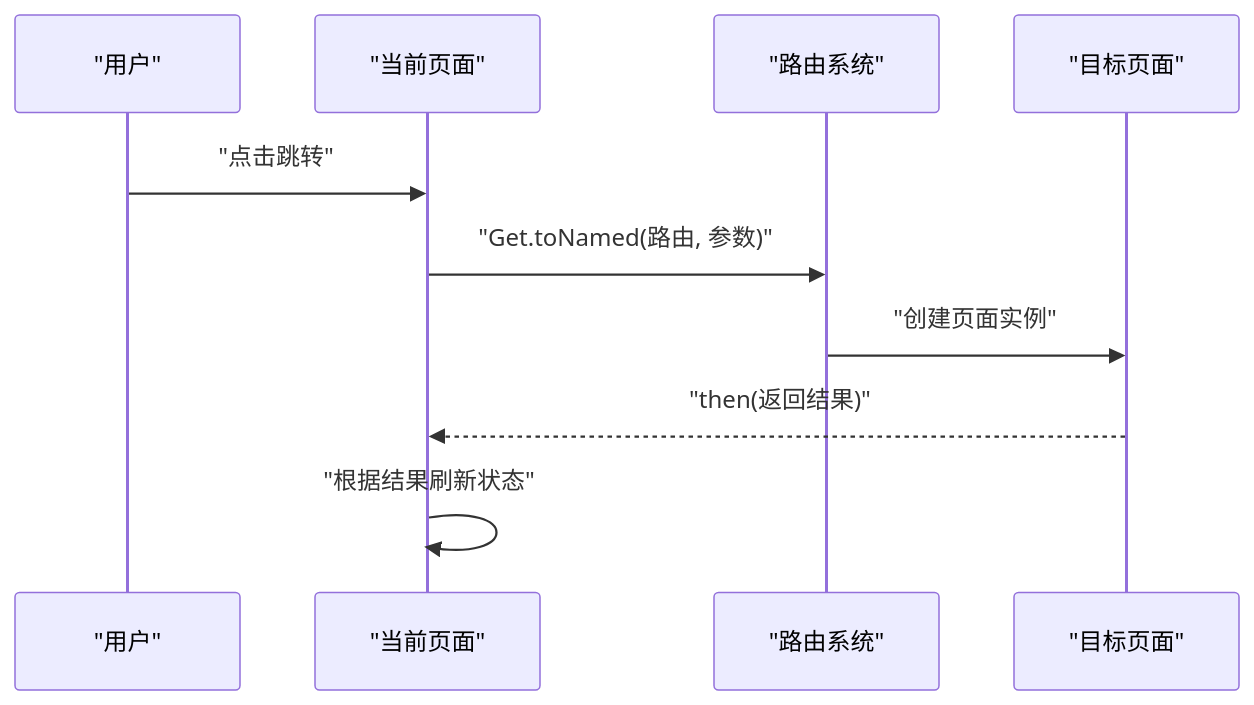
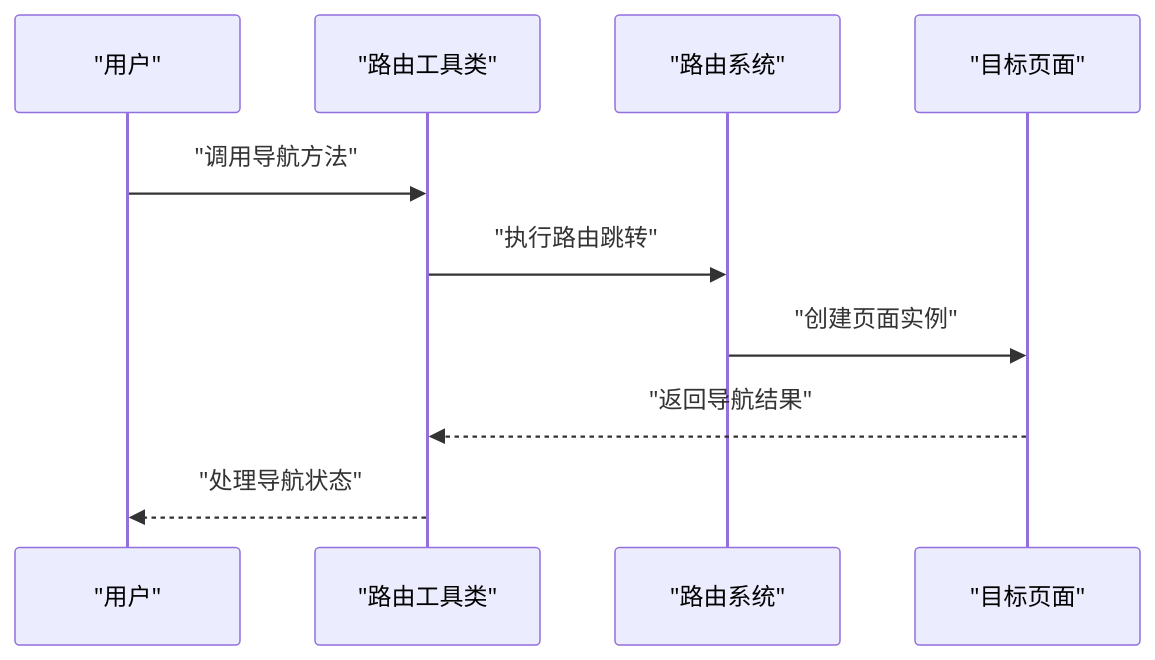
The fifth of 11 diagrams in .qoder/repowiki/zh/content/核心模块/路由系统.md (justLXX/pilipala), drawn with Mermaid before and after one commit. The commit also changed other lines of this file and 194 other files, not shown here.

````diff
--- a/.qoder/repowiki/zh/content/核心模块/路由系统.md
+++ b/.qoder/repowiki/zh/content/核心模块/路由系统.md
@@ -188,12 +240,12 @@
 ```mermaid
 sequenceDiagram
 participant U as "用户"
-participant V as "当前页面"
+participant T as "路由工具类"
 participant R as "路由系统"
 participant N as "目标页面"
-U->>V : "点击跳转"
-V->>R : "Get.toNamed(路由, 参数)"
+U->>T : "调用导航方法"
+T->>R : "执行路由跳转"
 R->>N : "创建页面实例"
-N-->>V : "then(返回结果)"
-V->>V : "根据结果刷新状态"
+N-->>T : "返回导航结果"
+T-->>U : "处理导航状态"
 ```
````
